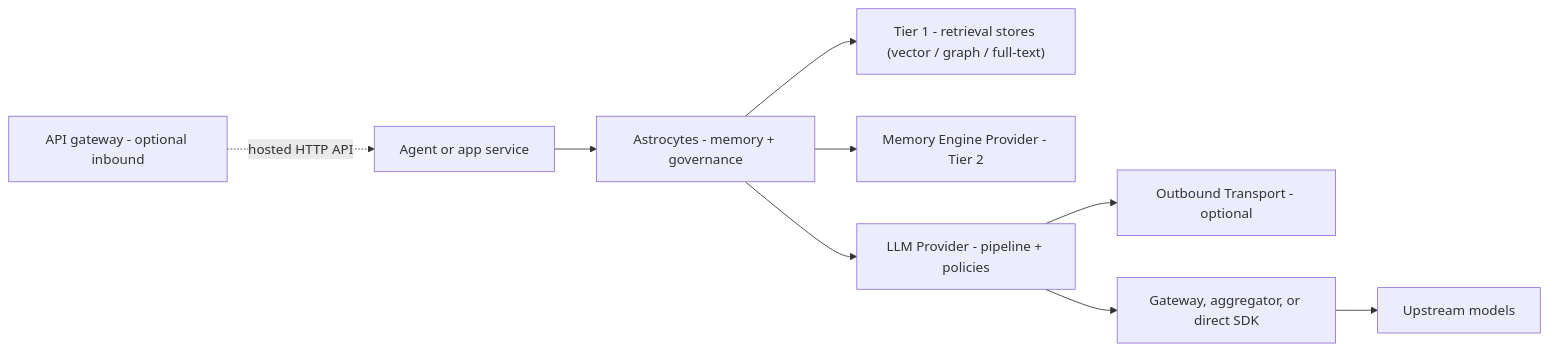
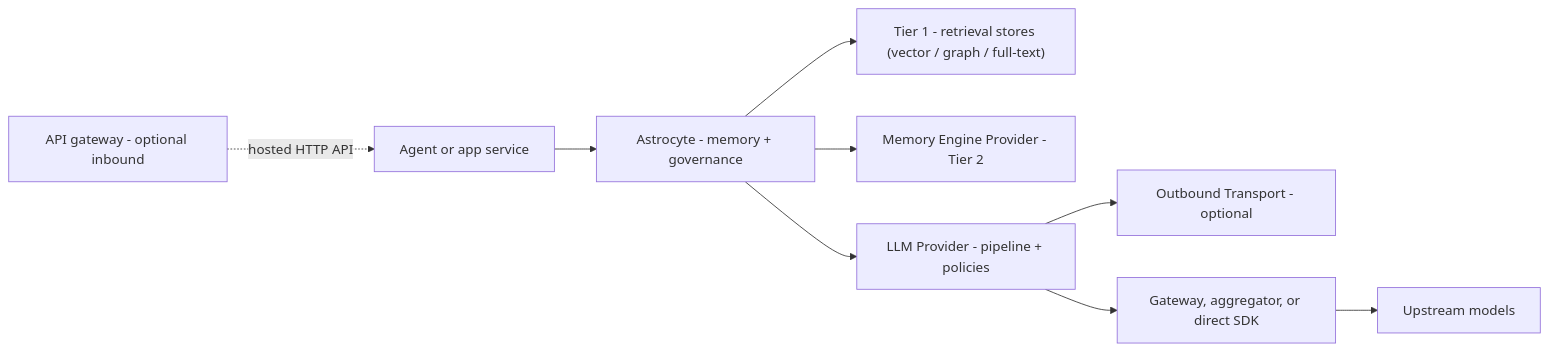
The fourth of 6 diagrams in docs/_design/architecture-framework.md (AstrocyteAI/astrocyte), drawn with Mermaid before and after one commit. The commit also changed other lines of this file and 101 other files, not shown here.

````diff
--- a/docs/_design/architecture-framework.md
+++ b/docs/_design/architecture-framework.md
@@ -282,13 +282,13 @@
 ```mermaid
 flowchart LR
   APIGW["API gateway - optional inbound"]
   A[Agent or app service]
   APIGW -.->|hosted HTTP API| A
-  A --> AST[Astrocytes - memory + governance]
+  A --> AST[Astrocyte - memory + governance]
   AST --> T1["Tier 1 - retrieval stores (vector / graph / full-text)"]
   AST --> T2[Memory Engine Provider - Tier 2]
   AST --> LLM[LLM Provider - pipeline + policies]
   LLM --> OT["Outbound Transport - optional"]
   LLM --> SDK[Gateway, aggregator, or direct SDK]
   SDK --> UP[Upstream models]
 ```
````
